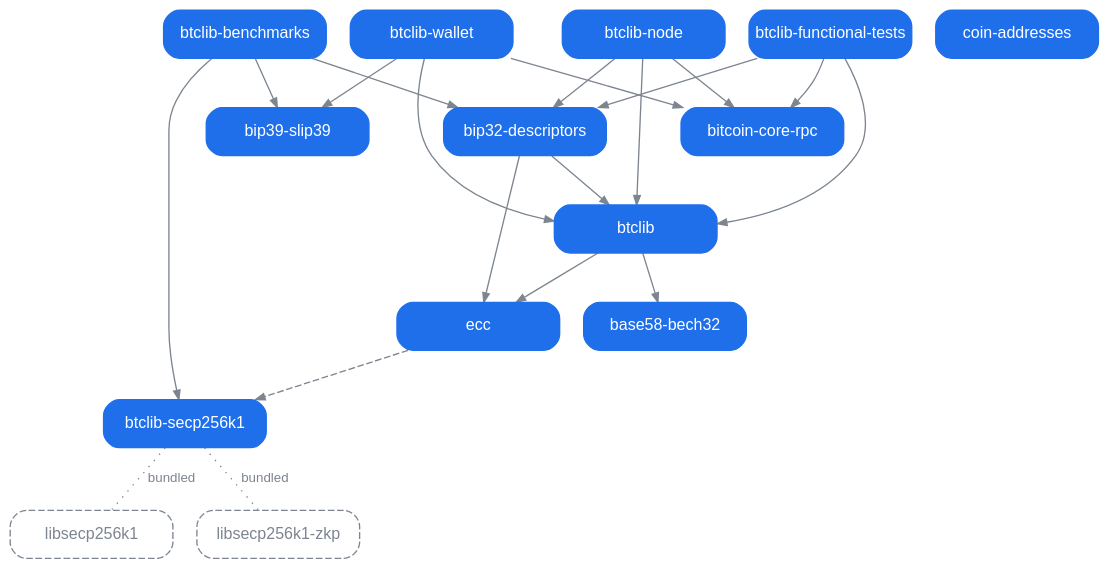
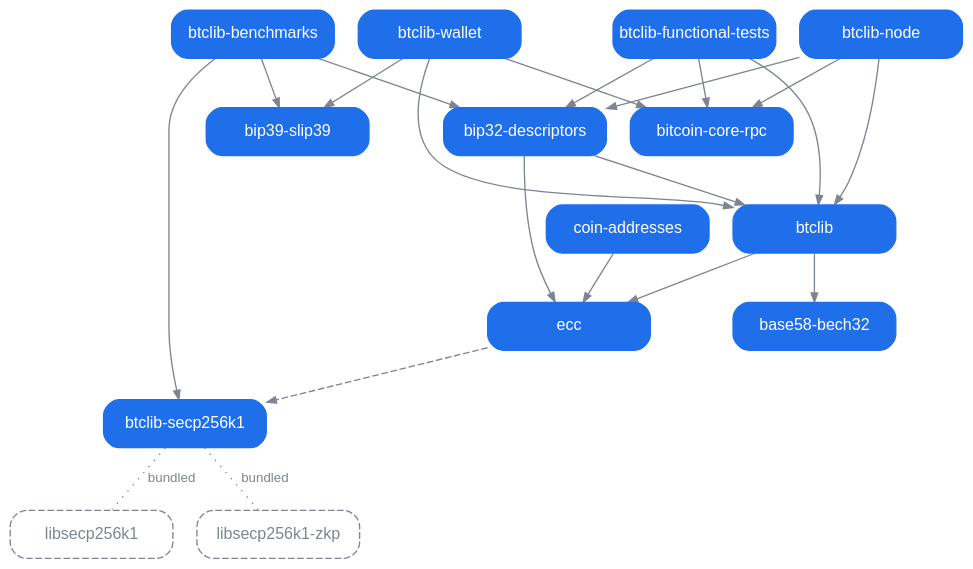
The diagram in profile/dependencies.dot (btclib-org/.github), drawn with Graphviz before and after one commit. The commit also changed 1 other file, not shown here.

Commit message:
Draw coin-addresses' arrow to ecc (issue #2223)
PR #2231

```diff
--- a/profile/dependencies.dot
+++ b/profile/dependencies.dot
@@ -1,108 +1,110 @@
 // How the organization's packages depend on each other: the source of
 // dependencies.svg beside it, which profile/README.md shows.
 //
 // A node is the `[project]` name of every tree of the organization that
 // builds a distribution, `[build-system]` being what says it does. A tree
 // that builds none is not drawn, and neither is an arrow into or out of
 // one. A grey dashed outline is not a package of the organization but a C
 // library one of them bundles: the submodule `X` of such a tree is the
 // node `libX`.
 //
 // An arrow points from a project up to what it depends on: solid where
 // `dependencies` in its pyproject.toml names the target, and dashed where
 // only an `optional-dependencies` extra does. An arrow is drawn only
 // where the dependent, bare or with one of its extras, does not already
 // install its target, with the extras it asks of it, through the arrows
 // that are drawn: `btclib-wallet[secp256k1]` asks `btclib[secp256k1]`,
 // which asks `ecc[secp256k1]`, so `btclib-wallet`'s own requirement of
 // `btclib-secp256k1` draws nothing, while `btclib-node` asks
 // `btclib[secp256k1]` and `bip32-descriptors`' `dependencies` ask bare
 // `btclib`, so `btclib-node`'s arrow to `btclib` is drawn beside its
 // arrow to `bip32-descriptors`. The extras are written nowhere, and
 // dependency groups are left out, being what a checkout of the tree
 // installs rather than what a user of the package does. A requirement on
 // a name no tree builds, a retired one included, draws nothing. A dotted
 // line with no arrowhead, labelled `bundled`, joins a package to a C
 // library that is a submodule of its tree, built into the package rather
 // than installed beside it.
 // tests/dependencies_test.py compares this file with every tree's
 // pyproject.toml and .gitmodules, and names every requirement on a
 // retired name.
 //
 // Every position is set by hand and rendered as it stands, by neato with
 // `nop: 2` in .github/scripts/render_dependencies.mjs, which takes the
 // nodes and the edges where they are written. A node's `pos` is its
 // centre in points, y growing upward, and a row is a level: what a
 // package depends on sits above it, in four columns 145 apart. An edge's
 // `pos` is its route as the control points of a spline whose segments
 // are straight, `e,` giving where the arrowhead's tip lands, and a
 // label's `lp` is where it is written. `bip32-descriptors` sits under
 // `btclib` and `btclib-benchmarks` under it, so that the arrows of
 // `btclib-functional-tests` and `btclib-node` into `btclib` pass on
 // either side of `bip32-descriptors`. Every other arrow of
 // `btclib-benchmarks` leaves its box from below and runs round the
 // outside.
 //
 // The colours are for a transparent background under both of GitHub's
 // themes: text sits on the fill of its box, and the grey of the arrows
 // and of the outlined C libraries reads on the light theme's white and
 // the dark theme's near-black.
 digraph dependencies {
     graph [bgcolor="transparent", outputorder=edgesfirst, pad=0.2];
     node [shape=box, style="rounded,filled", color="#1f6feb", fillcolor="#1f6feb",
           fontcolor="#ffffff", fontname="Helvetica", fontsize=12, width=1.7, height=0.5, fixedsize=true];
     edge [color="#7d8590", fontcolor="#7d8590", fontname="Helvetica", fontsize=10, arrowsize=0.7];
 
     "libsecp256k1"     [pos="290,560", style="rounded,dashed", color="#7d8590", fontcolor="#7d8590"];
     "libsecp256k1-zkp" [pos="435,560", style="rounded,dashed", color="#7d8590", fontcolor="#7d8590"];
     "base58-bech32"    [pos="145,560"];
     "bip39-slip39"     [pos="0,560"];
     "bitcoin-core-rpc" [pos="145,460"];
     "btclib-secp256k1" [pos="290,460"];
     "ecc"              [pos="290,360"];
     "btclib"           [pos="290,260"];
     "btclib-wallet"           [pos="0,160"];
     "bip32-descriptors"       [pos="290,160"];
     "coin-addresses"          [pos="0,60"];
     "btclib-functional-tests" [pos="145,60"];
     "btclib-benchmarks"       [pos="290,60"];
     "btclib-node"             [pos="435,60"];
 
     "btclib-secp256k1" -> "libsecp256k1" [style=dotted, arrowhead=none, label="bundled", lp="262,510",
         pos="290,478 290,478 290,542 290,542"];
     "btclib-secp256k1" -> "libsecp256k1-zkp" [style=dotted, arrowhead=none, label="bundled", lp="463,526",
         pos="320,478 320,478 320,510 320,510 320,510 435,510 435,510 435,510 435,542 435,542"];
     "ecc" -> "btclib-secp256k1" [style=dashed,
         pos="e,290,442 290,378 290,378 290,435 290,435"];
     "btclib" -> "ecc" [pos="e,290,342 290,278 290,278 290,335 290,335"];
     "btclib" -> "base58-bech32"
         [pos="e,145,542 229,260 229,260 40,260 40,260 40,260 40,510 40,510 40,510 145,510 145,510 145,510 145,535 145,535"];
     "btclib-wallet" -> "btclib"
         [pos="e,229,270 20,178 20,178 20,270 20,270 20,270 222,270 222,270"];
     "bip32-descriptors" -> "btclib" [
         pos="e,290,242 290,178 290,178 290,235 290,235"];
     "bip32-descriptors" -> "ecc"
         [pos="e,351,360 351,160 351,160 380,160 380,160 380,160 380,360 380,360 380,360 358,360 358,360"];
+    "coin-addresses" -> "ecc"
+        [pos="e,229,360 61,60 61,60 72,60 72,60 72,60 72,360 72,360 72,360 222,360 222,360"];
     "btclib-functional-tests" -> "bip32-descriptors"
         [pos="e,250,142 185,78 185,78 185,110 185,110 185,110 250,110 250,110 250,110 250,135 250,135"];
     "btclib-functional-tests" -> "btclib"
         [pos="e,229,250 165,78 165,78 165,250 165,250 165,250 222,250 222,250"];
     "btclib-functional-tests" -> "bitcoin-core-rpc" [
         pos="e,125,442 125,78 125,78 125,435 125,435"];
     "btclib-benchmarks" -> "bip32-descriptors" [
         pos="e,290,142 290,78 290,78 290,135 290,135"];
     "btclib-node" -> "bip32-descriptors"
         [pos="e,330,142 395,78 395,78 395,110 395,110 395,110 330,110 330,110 330,110 330,135 330,135"];
     "btclib-node" -> "btclib"
         [pos="e,351,250 435,78 435,78 435,250 435,250 435,250 358,250 358,250"];
     "btclib-node" -> "bitcoin-core-rpc"
         [pos="e,185,442 465,78 465,78 465,310 465,310 465,310 185,310 185,310 185,310 185,435 185,435"];
     "btclib-benchmarks" -> "btclib-secp256k1"
         [pos="e,351,460 330,42 330,42 330,25 330,25 330,25 530,25 530,25 530,25 530,460 530,460 530,460 358,460 358,460"];
     "btclib-benchmarks" -> "bip39-slip39"
         [pos="e,0,578 250,42 250,42 250,20 250,20 250,20 -80,20 -80,20 -80,20 -80,610 -80,610 -80,610 0,610 0,610 0,610 0,585 0,585"];
     "btclib-wallet" -> "bitcoin-core-rpc"
         [pos="e,84,460 -20,178 -20,178 -20,460 -20,460 -20,460 77,460 77,460"];
     "btclib-wallet" -> "bip39-slip39"
         [pos="e,-40,542 -40,178 -40,178 -40,535 -40,535"];
 }
```
